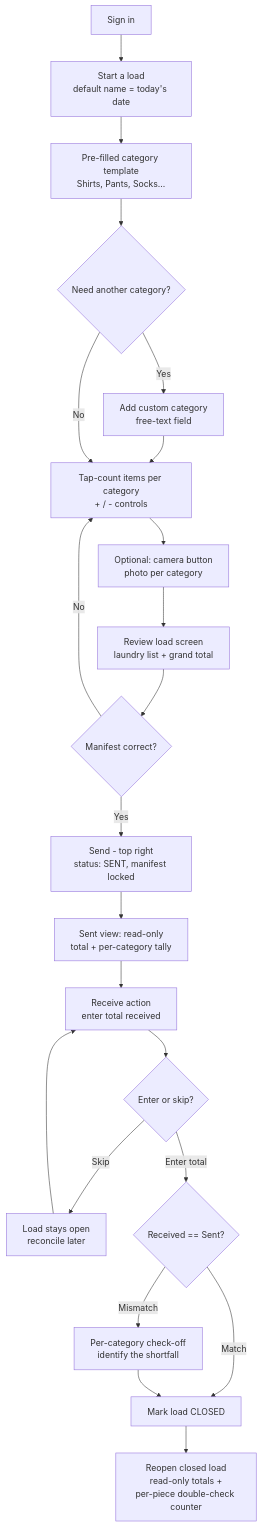
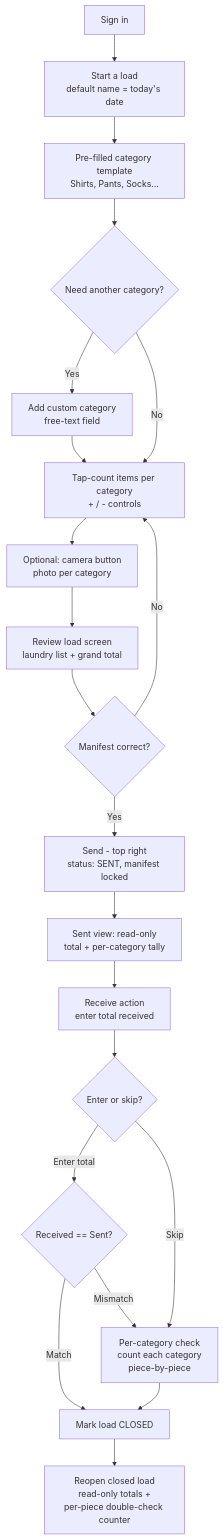
The diagram in business/07-prd-phase1-mvp.md (quennethks/clothesline), drawn with Mermaid before and after one commit. The commit also changed other lines of this file, not shown here.

Commit message:
Route skipped total-received to the per-category check
When the user skips entering a single total received, direct them
straight to the per-category piece-by-piece check instead of leaving
the load open. Update both the narrative step and the flow diagram.

Claude-Session: https://claude.ai/code/session_01SS5BFkkJwiU1ws1YGZk9Sh

````diff
--- a/business/07-prd-phase1-mvp.md
+++ b/business/07-prd-phase1-mvp.md
@@ -76,24 +76,23 @@
 ```mermaid
 flowchart TD
     A[Sign in] --> B[Start a load<br/>default name = today's date]
     B --> C[Pre-filled category template<br/>Shirts, Pants, Socks...]
     C --> D{Need another category?}
     D -- Yes --> E[Add custom category<br/>free-text field]
     E --> F
     D -- No --> F[Tap-count items per category<br/>+ / - controls]
     F --> G[Optional: camera button<br/>photo per category]
     G --> H[Review load screen<br/>laundry list + grand total]
     H --> I{Manifest correct?}
     I -- No --> F
     I -- Yes --> J[Send - top right<br/>status: SENT, manifest locked]
     J --> K[Sent view: read-only<br/>total + per-category tally]
     K --> L[Receive action<br/>enter total received]
     L --> M{Enter or skip?}
-    M -- Skip --> N[Load stays open<br/>reconcile later]
     M -- Enter total --> O{Received == Sent?}
     O -- Match --> P[Mark load CLOSED]
-    O -- Mismatch --> Q[Per-category check-off<br/>identify the shortfall]
+    O -- Mismatch --> Q
+    M -- Skip --> Q[Per-category check<br/>count each category<br/>piece-by-piece]
+    Q --> P
     P --> R[Reopen closed load<br/>read-only totals +<br/>per-piece double-check counter]
-    N --> L
-    Q --> P
 ```
````
